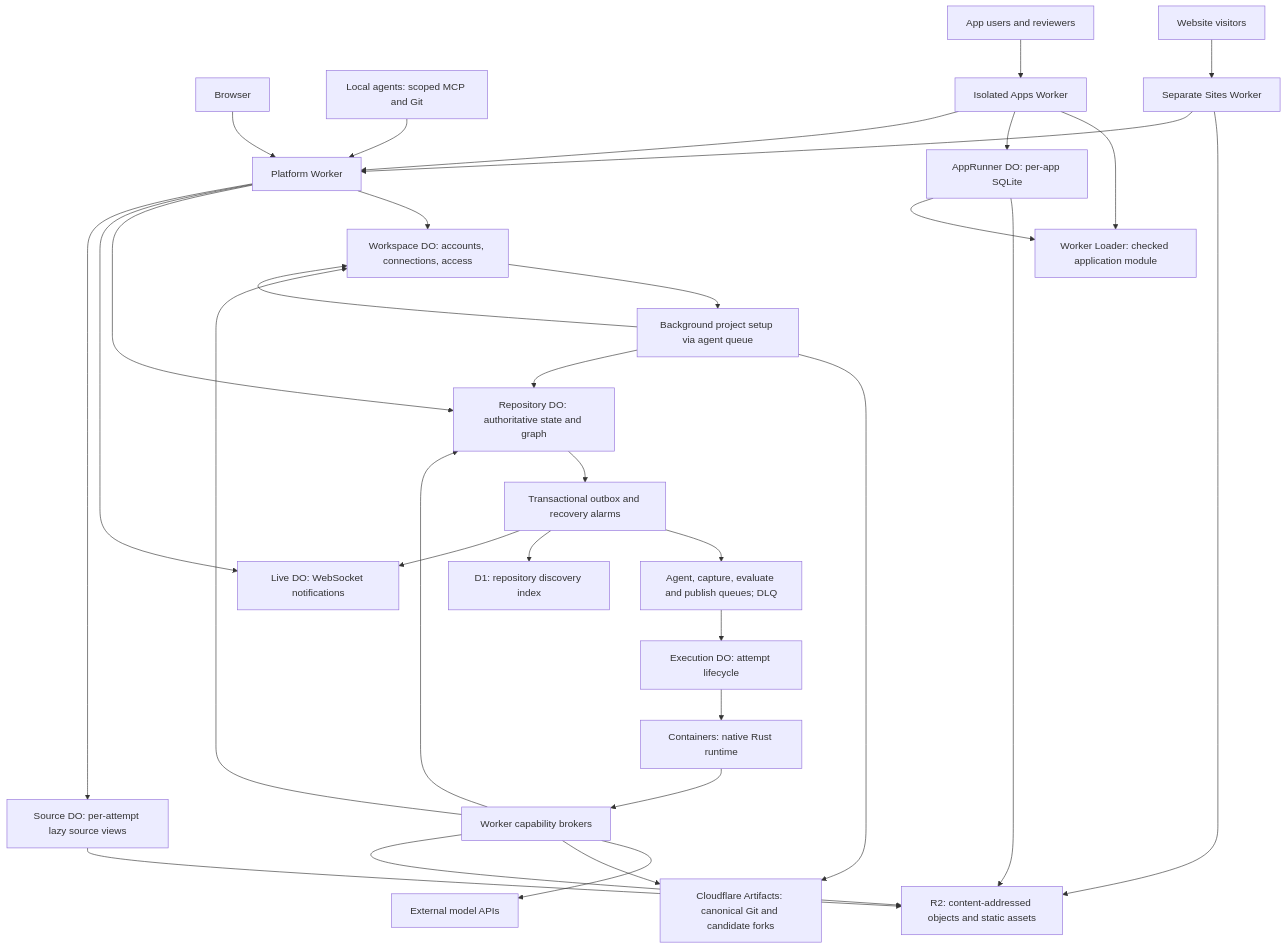
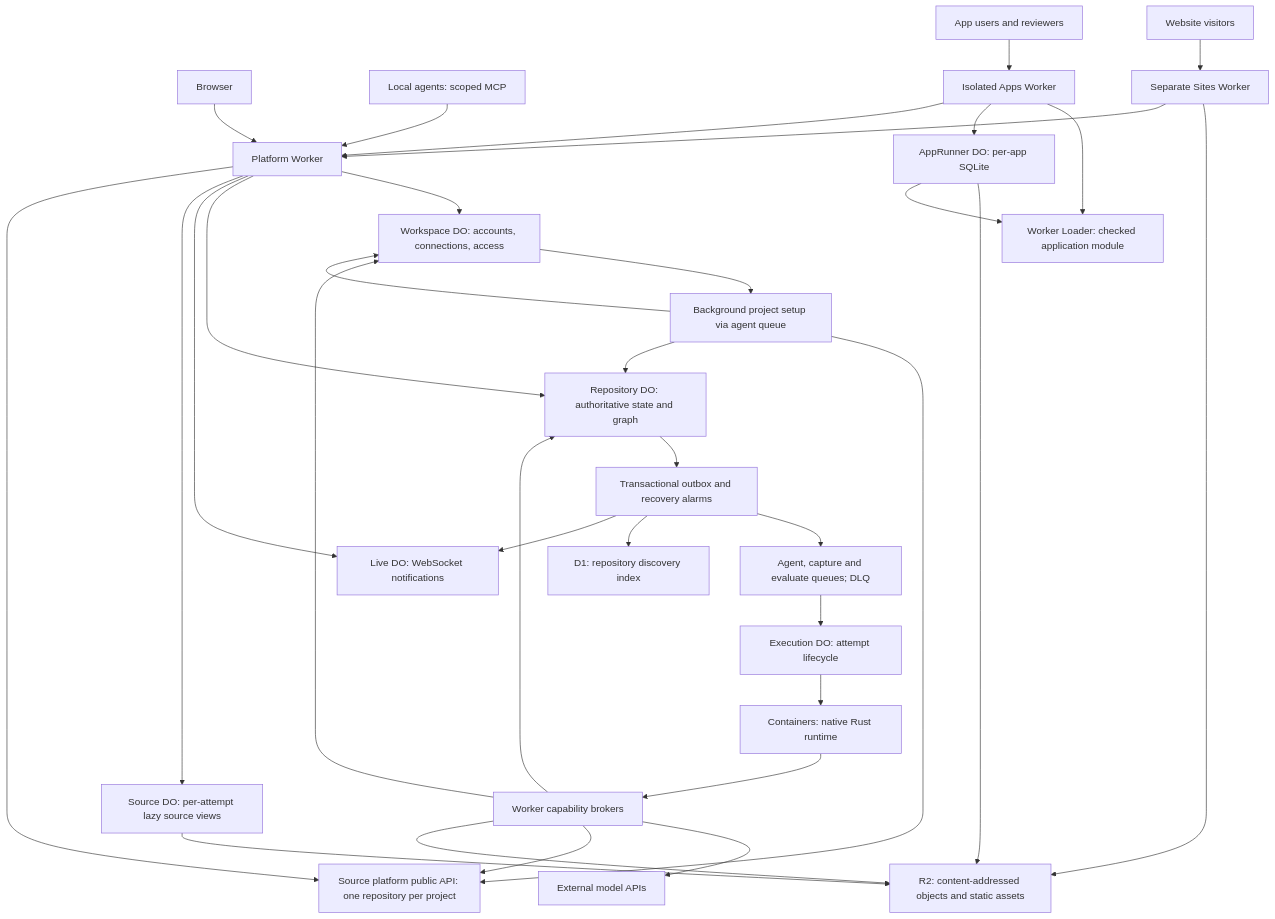
The diagram in docs/current-state-architecture.md (YonedaAI/yonedarepo), drawn with Mermaid before and after one commit. The commit also changed other lines of this file and 2 other files, not shown here.

Commit message:
Architecture doc: agent layer on the platform public API; rows::protected helper for branch moves

````diff
--- a/docs/current-state-architecture.md
+++ b/docs/current-state-architecture.md
@@ -61,39 +62,40 @@
 ```mermaid
 flowchart TD
     Browser["Browser"] --> Worker["Platform Worker"]
-    LocalAgent["Local agents: scoped MCP and Git"] --> Worker
+    LocalAgent["Local agents: scoped MCP"] --> Worker
 
     Worker --> Workspace["Workspace DO: accounts, connections, access"]
     Worker --> Repo["Repository DO: authoritative state and graph"]
     Worker --> Live["Live DO: WebSocket notifications"]
     Worker --> Source["Source DO: per-attempt lazy source views"]
     Source --> R2
     Workspace --> Setup["Background project setup via agent queue"]
-    Setup --> Artifacts
+    Setup --> Platform
     Setup --> Repo
     Setup --> Workspace
 
     Repo --> Outbox["Transactional outbox and recovery alarms"]
-    Outbox --> Queues["Agent, capture, evaluate and publish queues; DLQ"]
+    Outbox --> Queues["Agent, capture and evaluate queues; DLQ"]
     Outbox --> D1["D1: repository discovery index"]
     Outbox --> Live
 
     Queues --> Execution["Execution DO: attempt lifecycle"]
     Execution --> Containers["Containers: native Rust runtime"]
     Containers --> Broker["Worker capability brokers"]
     Broker --> Providers["External model APIs"]
-    Broker --> Artifacts["Cloudflare Artifacts: canonical Git and candidate forks"]
+    Broker --> Platform["Source platform public API: one repository per project"]
+    Worker --> Platform
     Broker --> R2["R2: content-addressed objects and static assets"]
     Broker --> Repo
     Broker --> Workspace
 
     Visitors["Website visitors"] --> Sites["Separate Sites Worker"]
     Sites --> R2
     Sites --> Worker
     AppVisitors["App users and reviewers"] --> Apps["Isolated Apps Worker"]
     Apps --> Loader["Worker Loader: checked application module"]
     Apps --> AppState["AppRunner DO: per-app SQLite"]
     Apps --> Worker
     AppState --> R2
     AppState --> Loader
 ```
````
